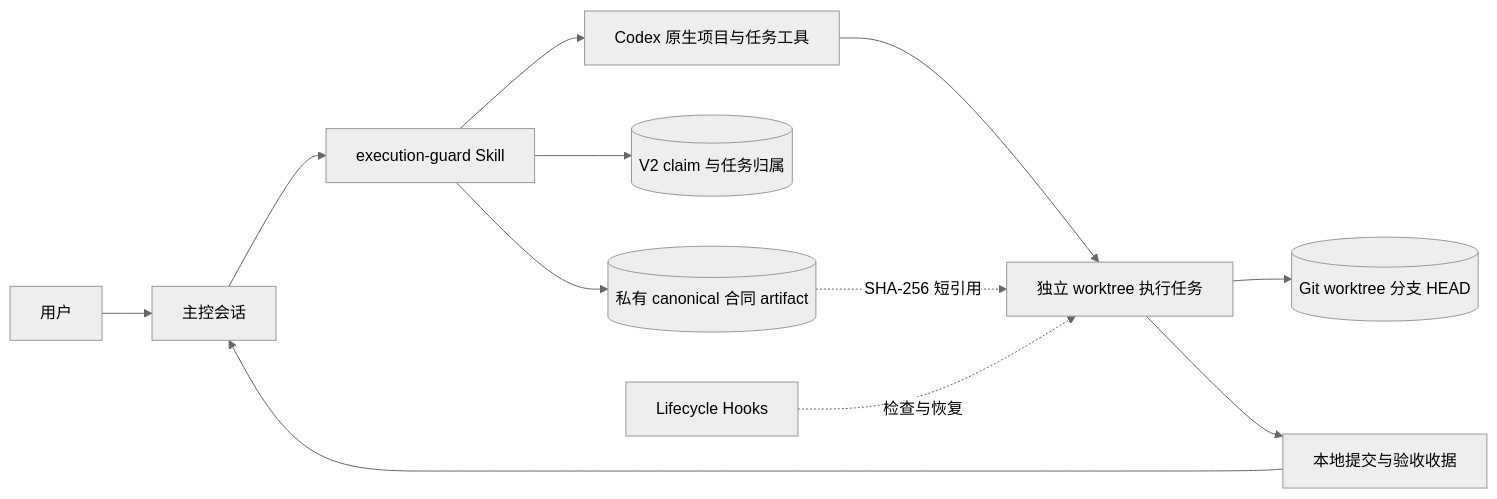
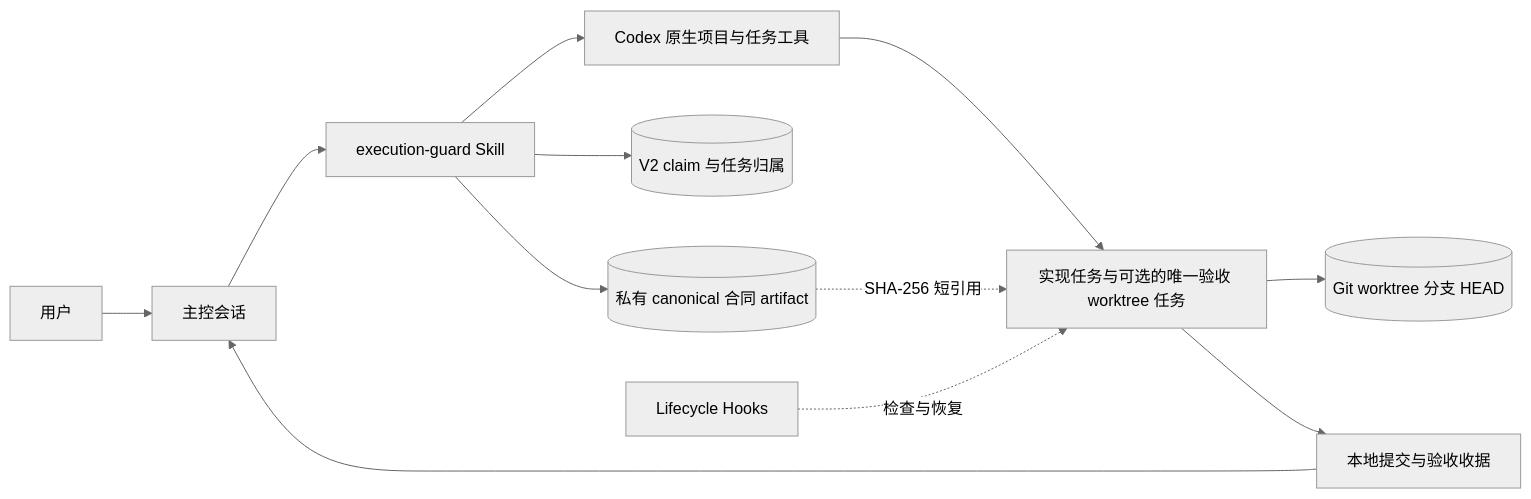
One commit to AKin-lvyifang/codex-execution-guard changed the diagram in docs/ARCHITECTURE.zh-CN.md. Above: the diagram before and after it, drawn with Mermaid (neutral theme). The commit also changed other lines of this file and 8 other files, not shown here.

````diff
--- a/docs/ARCHITECTURE.zh-CN.md
+++ b/docs/ARCHITECTURE.zh-CN.md
@@ -20,14 +20,14 @@
 ```mermaid
 flowchart LR
     U[用户] --> C[主控会话]
     C --> S[execution-guard Skill]
     S --> N[Codex 原生项目与任务工具]
     S --> R[(V2 claim 与任务归属)]
-    N --> T[独立 worktree 执行任务]
+    N --> T[实现任务与可选的唯一验收 worktree 任务]
     S --> X[(私有 canonical 合同 artifact)]
     X -.SHA-256 短引用.-> T
     H[Lifecycle Hooks] -.检查与恢复.-> T
     T --> G[(Git worktree 分支 HEAD)]
     T --> E[本地提交与验收收据]
     E --> C
 ```
````
